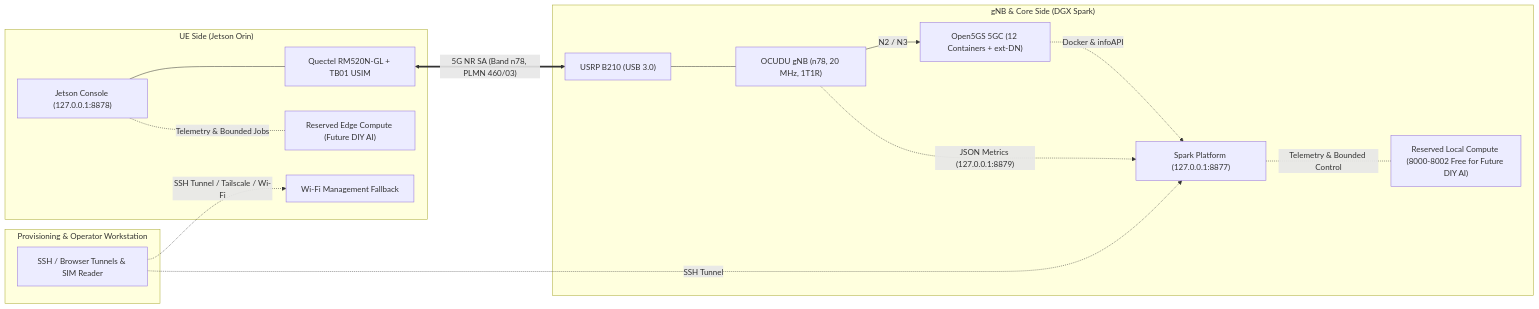
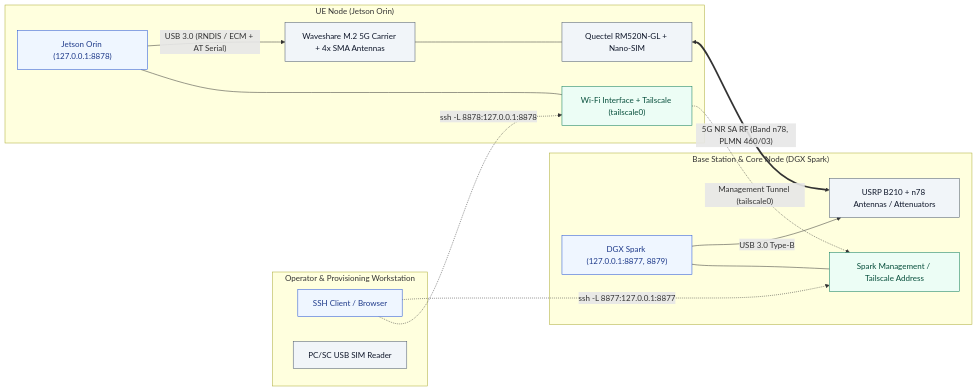
Before and after one commit to HKUOpenSource/OpenAirKit: the diagram in docs/hardware-and-topology.md, drawn with Mermaid. The commit also changed other lines of this file and 47 other files, not shown here.

Commit message:
docs: prepare public-release documentation, layered diagrams, and brand asset slots

````diff
--- a/docs/hardware-and-topology.md
+++ b/docs/hardware-and-topology.md
@@ -40,32 +43,34 @@
 ```mermaid
 flowchart LR
-  subgraph DEV["Provisioning & Operator Workstation"]
-    OP["SSH / Browser Tunnels & SIM Reader"]
+  classDef hw fill:#f1f5f9,stroke:#475569,color:#0f172a
+  classDef net fill:#ecfdf5,stroke:#047857,color:#064e3b
+  classDef ctrl fill:#eff6ff,stroke:#1d4ed8,color:#1e3a8a
+
+  subgraph DEV["Operator & Provisioning Workstation"]
+    OP["SSH Client / Browser"]:::ctrl
+    SCR["PC/SC USB SIM Reader"]:::hw
   end
 
-  subgraph UE["UE Side (Jetson Orin)"]
-    JC["Jetson Console (127.0.0.1:8878)"]
-    MODEM["Quectel RM520N-GL + TB01 USIM"]
-    WIFI["Wi-Fi Management Fallback"]
-    JAI["Reserved Edge Compute (Future DIY AI)"]
-    JC --- MODEM
-    JC -. "Telemetry & Bounded Jobs" .- JAI
+  subgraph UE["UE Node (Jetson Orin)"]
+    JET["Jetson Orin (127.0.0.1:8878)"]:::ctrl
+    WIFI["Wi-Fi Interface + Tailscale (tailscale0)"]:::net
+    CAR["Waveshare M.2 5G Carrier + 4x SMA Antennas"]:::hw
+    MOD["Quectel RM520N-GL + Nano-SIM"]:::hw
+    JET --- WIFI
+    JET -- "USB 3.0 (RNDIS / ECM + AT Serial)" --> CAR
+    CAR --- MOD
   end
 
-  subgraph BS["gNB & Core Side (DGX Spark)"]
-    B210["USRP B210 (USB 3.0)"]
-    RAN["OCUDU gNB (n78, 20 MHz, 1T1R)"]
-    CORE["Open5GS 5GC (12 Containers + ext-DN)"]
-    SP["Spark Platform (127.0.0.1:8877)"]
-    SAI["Reserved Local Compute (8000-8002 Free for Future DIY AI)"]
-    B210 --- RAN
-    RAN -- "N2 / N3" --> CORE
-    RAN -. "JSON Metrics (127.0.0.1:8879)" .-> SP
-    CORE -. "Docker & infoAPI" .-> SP
-    SP -. "Telemetry & Bounded Control" .- SAI
+  subgraph BS["Base Station & Core Node (DGX Spark)"]
+    SPK["DGX Spark (127.0.0.1:8877, 8879)"]:::ctrl
+    TS["Spark Management / Tailscale Address"]:::net
+    B210["USRP B210 + n78 Antennas / Attenuators"]:::hw
+    SPK --- TS
+    SPK -- "USB 3.0 Type-B" --> B210
   end
 
-  MODEM <== "5G NR SA (Band n78, PLMN 460/03)" ==> B210
-  OP -. "SSH Tunnel / Tailscale / Wi-Fi" .-> WIFI
-  OP -. "SSH Tunnel" .-> SP
+  MOD <== "5G NR SA RF (Band n78, PLMN 460/03)" ==> B210
+  WIFI -. "Management Tunnel (tailscale0)" .-> TS
+  OP -. "ssh -L 8878:127.0.0.1:8878" .-> WIFI
+  OP -. "ssh -L 8877:127.0.0.1:8877" .-> TS
 ```
````
